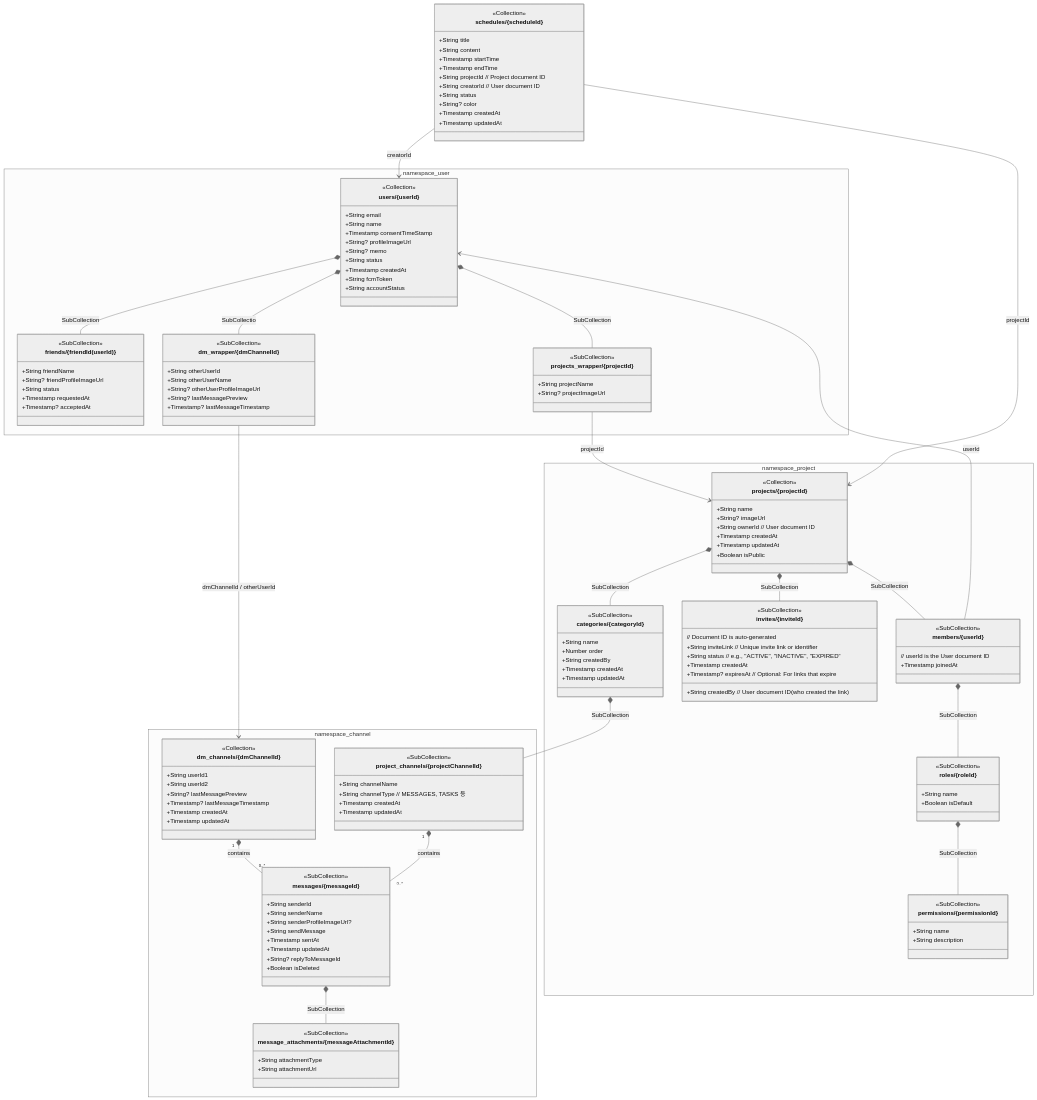
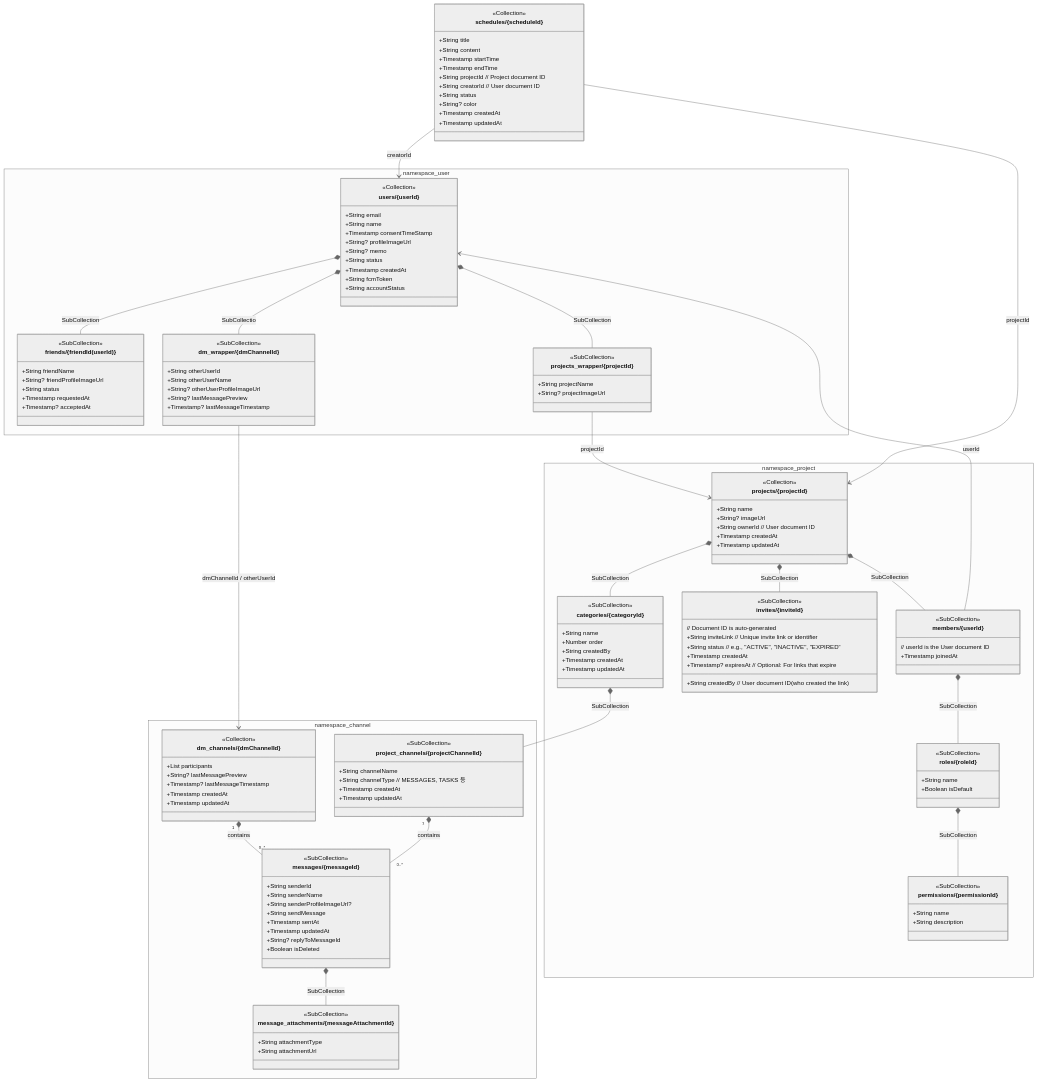
One commit to sangyeons57/TPPPK changed the diagram in .diagrams/erDiagram.mmd. Above: the diagram before and after it, drawn with Mermaid (neutral theme). The commit also changed 41 other files, not shown here.

```diff
--- a/.diagrams/erDiagram.mmd
+++ b/.diagrams/erDiagram.mmd
@@ -1,174 +1,172 @@
 classDiagram
     %% StructureItem Path: projects/{projectId}/structure_items/{structureItemId}
     %% StructureItem can also be nested: projects/{projectId}/structure_items/{parentId}/structure_items/{childId}
 
     namespace namespace_user {
         class User["users/{userId}"] {
             <<Collection>>
             +String email
             +String name
             +Timestamp consentTimeStamp
             +String? profileImageUrl
             +String? memo
             +String status
             +Timestamp createdAt
             +String fcmToken
             +String accountStatus
         }
 
         class Friend["friends/{friendId(userId)}"] {
             <<SubCollection>>
             +String friendName
             +String? friendProfileImageUrl
             +String status
             +Timestamp requestedAt
             +Timestamp? acceptedAt
         }
 
         class DMWrapper["dm_wrapper/{dmChannelId}"] {
             <<SubCollection>>
             +String otherUserId
             +String otherUserName
             +String? otherUserProfileImageUrl
             +String? lastMessagePreview
             +Timestamp? lastMessageTimestamp 
         }
 
         class ProjectsWrapper["projects_wrapper/{projectId}"] {
             <<SubCollection>>
             +String projectName
             +String? projectImageUrl
         }
 
     }
 
     namespace namespace_channel {
         class DMChannel["dm_channels/{dmChannelId}"] {
             <<Collection>>
-            +String userId1
-            +String userId2
+            +List<String> participants
             +String? lastMessagePreview
             +Timestamp? lastMessageTimestamp
             +Timestamp createdAt
             +Timestamp updatedAt
         }
 
         class ProjectChannel["project_channels/{projectChannelId}"] {
             <<SubCollection>>
             +String channelName
             +String channelType // MESSAGES, TASKS 등
             +Timestamp createdAt
             +Timestamp updatedAt
         }
 
         class Message["messages/{messageId}"] {
             <<SubCollection>>
             +String senderId
             +String senderName
             +String senderProfileImageUrl?
             +String sendMessage
             +Timestamp sentAt
             +Timestamp updatedAt
             +String? replyToMessageId
             +Boolean isDeleted
         }
 
         class MessageAttachment["message_attachments/{messageAttachmentId}"] {
             <<SubCollection>>
             +String attachmentType
             +String attachmentUrl
         }
     }
 
     namespace namespace_project {
         class Project["projects/{projectId}"] {
             <<Collection>>
             +String name
             +String? imageUrl
             +String ownerId // User document ID
             +Timestamp createdAt
             +Timestamp updatedAt
-            +Boolean isPublic
         }
 
 
         class Members["members/{userId}"] {
             <<SubCollection>>
             // userId is the User document ID
             +Timestamp joinedAt
         }
 
         class Role["roles/{roleId}"] {
             <<SubCollection>>
             +String name
             +Boolean isDefault
         }
 
         class Permission["permissions/{permissionId}"] {
             <<SubCollection>>
             +String name
             +String description
         }
 
         class Invite["invites/{inviteId}"] {
             <<SubCollection>>
             // Document ID is auto-generated
             +String inviteLink // Unique invite link or identifier
             +String status // e.g., "ACTIVE", "INACTIVE", "EXPIRED"
             +String createdBy // User document ID (who created the link)
             +Timestamp createdAt
             +Timestamp? expiresAt // Optional: For links that expire
         }
 
         class Category["categories/{categoryId}"] {
             <<SubCollection>>
             +String name
             +Number order
             +String createdBy
             +Timestamp createdAt
             +Timestamp updatedAt
         }
 
     }
 
 
     class Schedule["schedules/{scheduleId}"] {
         <<Collection>>
         +String title
         +String content
         +Timestamp startTime
         +Timestamp endTime
         +String projectId // Project document ID
         +String creatorId // User document ID
         +String status
         +String? color
         +Timestamp createdAt
         +Timestamp updatedAt
     }
 
     User *-- Friend : SubCollection
     User *-- ProjectsWrapper : SubCollection
     User *-- DMWrapper : SubCollectio
 
     ProjectsWrapper --> Project : projectId
     DMWrapper --> DMChannel : dmChannelId / otherUserId
 
     Message *-- MessageAttachment : SubCollection
     DMChannel "1" *-- "0..*" Message : contains
     ProjectChannel "1" *-- "0..*" Message : contains
     Members *-- Role : SubCollection
 
     Role *-- Permission : SubCollection
 
 
     Project *-- Members : SubCollection
     Project *-- Invite : SubCollection
     Project *-- Category : SubCollection
     Category *-- ProjectChannel : SubCollection 
 
 
     Schedule --> User : creatorId
     Schedule --> Project : projectId
 
 
     Members --> User : userId
```
